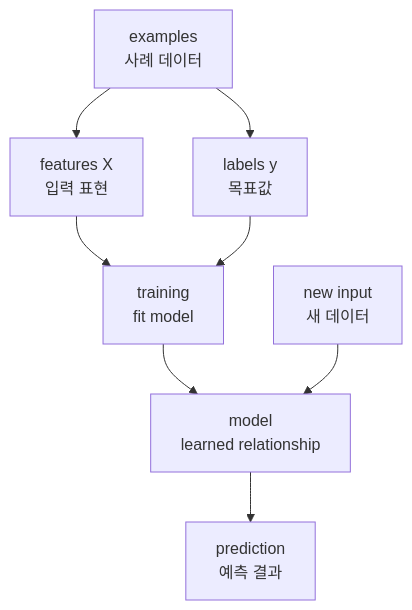
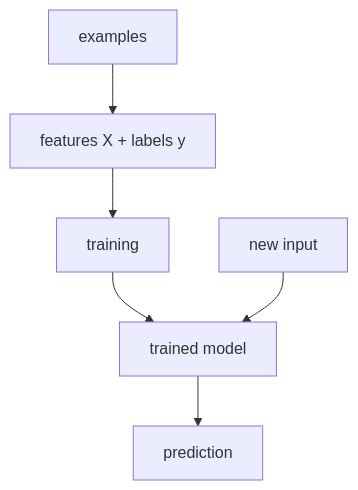
Before and after one commit to devchan64/AiBook: the second of 2 diagrams in docs/parts/part-03/chapter-01/section-02.md, drawn with Mermaid. The commit also changed other lines of this file and 1 other file, not shown here.

Commit message:
docs: streamline ml and boundary diagrams

````diff
--- a/docs/parts/part-03/chapter-01/section-02.md
+++ b/docs/parts/part-03/chapter-01/section-02.md
@@ -155,18 +144,12 @@
 ```mermaid
 flowchart TD
-  A["examples<br/>사례 데이터"]
-  B["features X<br/>입력 표현"]
-  C["labels y<br/>목표값"]
-  D["training<br/>fit model"]
-  E["model<br/>learned relationship"]
-  F["new input<br/>새 데이터"]
-  G["prediction<br/>예측 결과"]
+  A["examples"]
+  B["features X + labels y"]
+  C["training"]
+  D["trained model"]
+  E["new input"]
+  F["prediction"]
 
-  A --> B
-  A --> C
-  B --> D
-  C --> D
-  D --> E
-  F --> E
-  E --> G
+  A --> B --> C --> D
+  E --> D --> F
 ```
````
